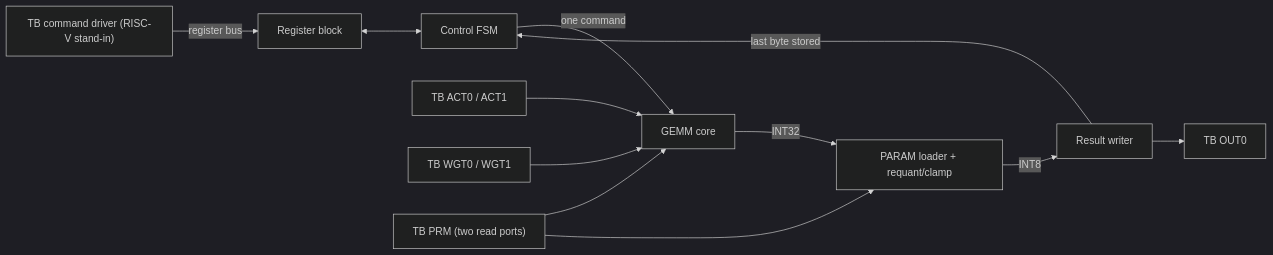
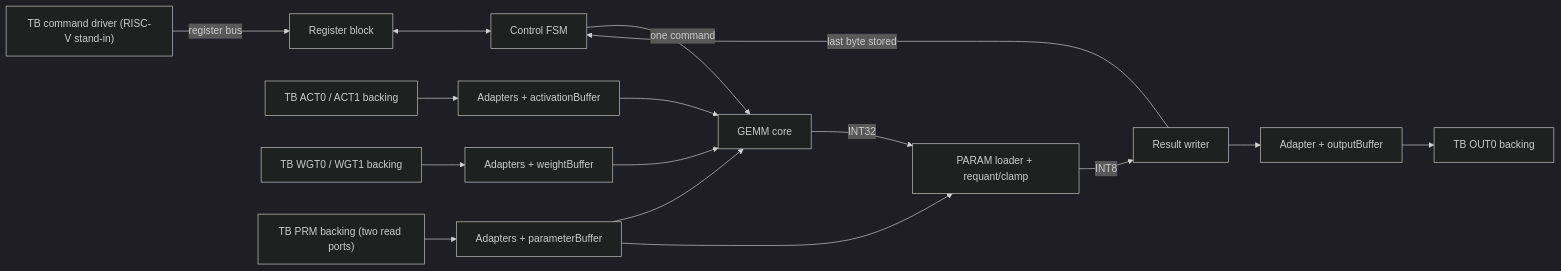
The third of 3 diagrams in README.md (michaelgirg/raven), drawn with Mermaid (dark theme) before and after one commit. The commit also changed other lines of this file and 9 other files, not shown here.

````diff
--- a/README.md
+++ b/README.md
@@ -225,14 +228,14 @@
 ```mermaid
 flowchart LR
     DRV["TB command driver (RISC-V stand-in)"] -->|"register bus"| REGS["Register block"]
     REGS <--> CTRL["Control FSM"]
     CTRL -->|"one command"| CORE["GEMM core"]
-    ACT["TB ACT0 / ACT1"] --> CORE
-    WGT["TB WGT0 / WGT1"] --> CORE
-    PRM["TB PRM (two read ports)"] --> CORE
-    PRM --> RQ
+    ACT["TB ACT0 / ACT1 backing"] --> AB["Adapters + activationBuffer"] --> CORE
+    WGT["TB WGT0 / WGT1 backing"] --> WB["Adapters + weightBuffer"] --> CORE
+    PRM["TB PRM backing (two read ports)"] --> PB["Adapters + parameterBuffer"] --> CORE
+    PB --> RQ
     CORE -->|"INT32"| RQ["PARAM loader + requant/clamp"]
     RQ -->|"INT8"| WR["Result writer"]
-    WR --> OUT["TB OUT0"]
+    WR --> OB["Adapter + outputBuffer"] --> OUT["TB OUT0 backing"]
     WR -->|"last byte stored"| CTRL
 ```
````
